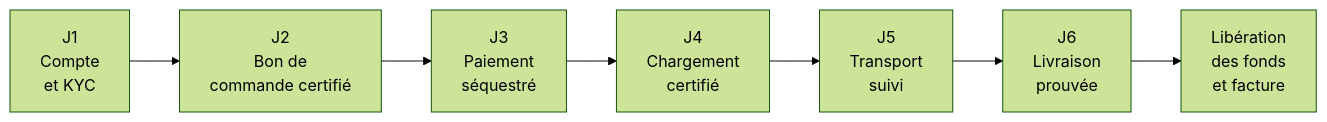
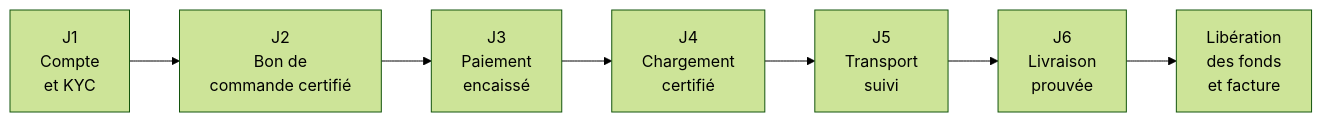
Before and after one commit to dilevembamu12/fbb-ppc-apix: the first of 2 diagrams in docs/01-note-de-cadrage.md, drawn with Mermaid (forest theme). The commit also changed other lines of this file and 23 other files, not shown here.

````diff
--- a/docs/01-note-de-cadrage.md
+++ b/docs/01-note-de-cadrage.md
@@ -195,9 +197,9 @@
 ```mermaid
 flowchart LR
     J1["J1<br/>Compte<br/>et KYC"] --> J2["J2<br/>Bon de<br/>commande certifié"]
-    J2 --> J3["J3<br/>Paiement<br/>séquestré"]
+    J2 --> J3["J3<br/>Paiement<br/>encaissé"]
     J3 --> J4["J4<br/>Chargement<br/>certifié"]
     J4 --> J5["J5<br/>Transport<br/>suivi"]
     J5 --> J6["J6<br/>Livraison<br/>prouvée"]
     J6 --> J7["Libération<br/>des fonds<br/>et facture"]
 ```
````
